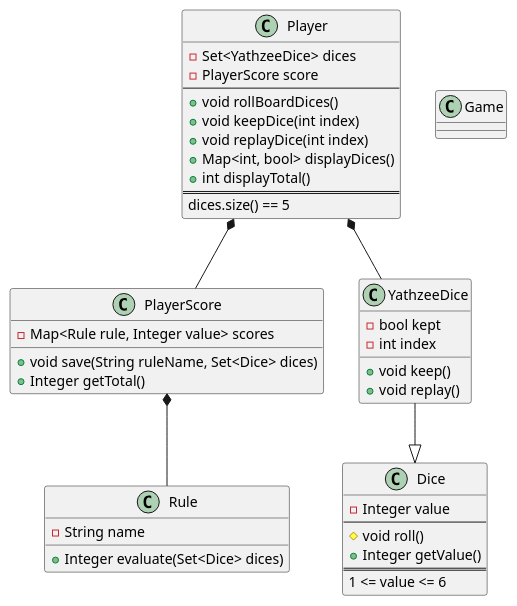
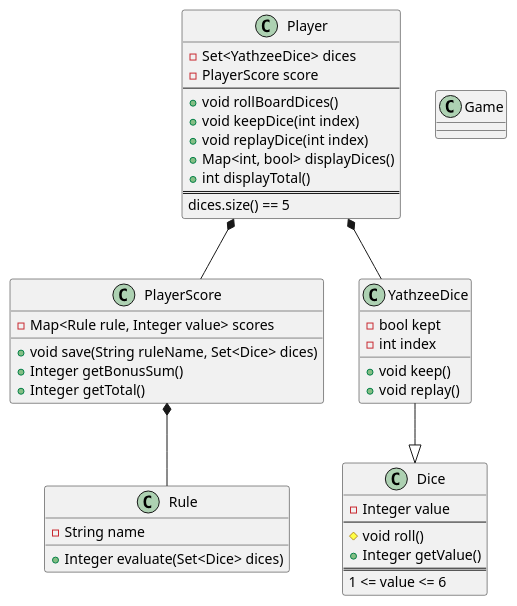
One commit to yanncourtel/Clean-Coder-Journey changed the diagram in 7-Yahtzee/yathzee.puml. Above: the diagram before and after it, drawn with PlantUML. The commit also changed 2 other files, not shown here.

```diff
--- a/7-Yahtzee/yathzee.puml
+++ b/7-Yahtzee/yathzee.puml
@@ -1,49 +1,50 @@
 @startuml
 class Player {
     -Set<YathzeeDice> dices
     -PlayerScore score
     --
     +void rollBoardDices()
     +void keepDice(int index)
     +void replayDice(int index)
     +Map<int, bool> displayDices()
     +int displayTotal()
     ==
     dices.size() == 5
 }
 
 class PlayerScore {
     -Map<Rule rule, Integer value> scores
     +void save(String ruleName, Set<Dice> dices)
+    +Integer getBonusSum()
     +Integer getTotal()
 }
 
 class Rule {
     -String name
     +Integer evaluate(Set<Dice> dices)
 }
 
 class YathzeeDice {
     -bool kept
     -int index
     +void keep()
     +void replay()
 }
 
 class Dice {
     -Integer value
     --
     #void roll()
     +Integer getValue()
     ==
     1 <= value <= 6
 }
 
 class Game
 
 Player *-- YathzeeDice
 Player *-- PlayerScore
 PlayerScore *-- Rule
 YathzeeDice --|> Dice
 
 @enduml
```
